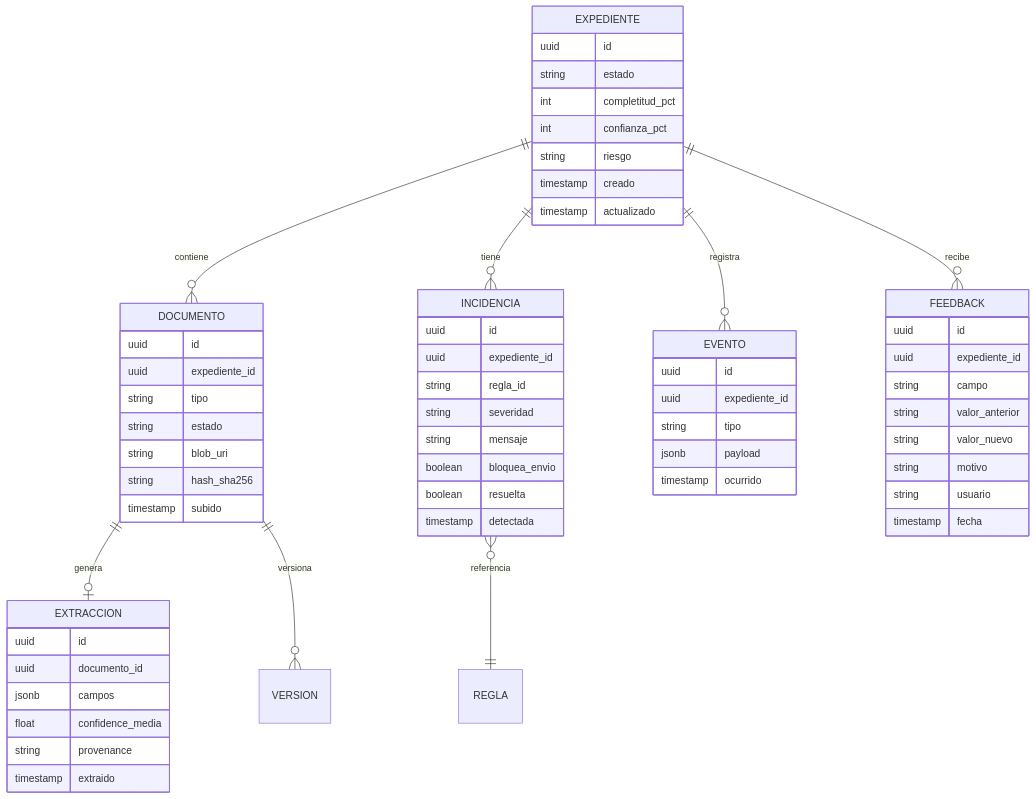
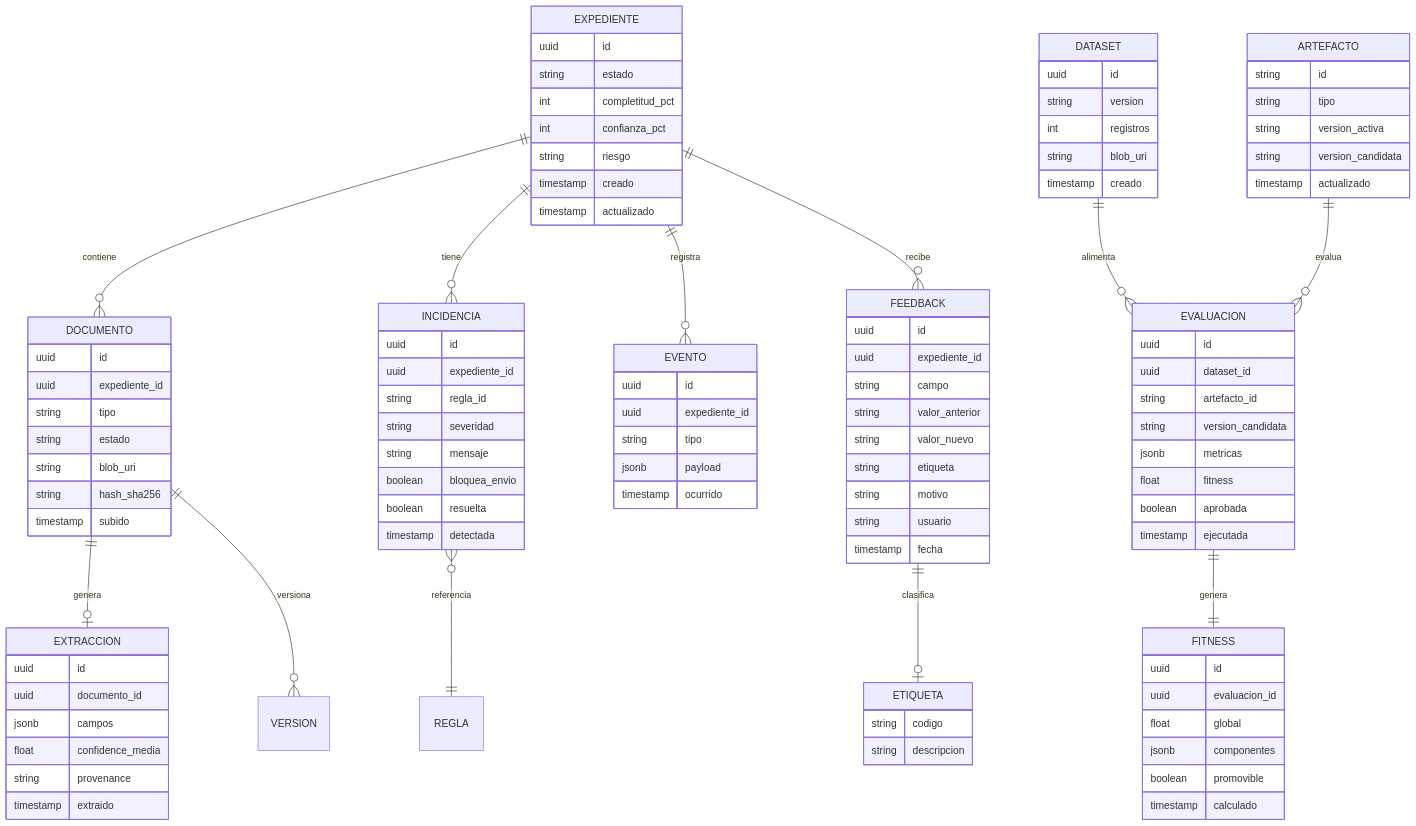
Before and after one commit to angelnietos/erp: the sixth of 9 diagrams in caedocs/DISENO-TECNICO-v3.0.md, drawn with Mermaid. The commit also changed other lines of this file and 9 other files, not shown here.

```diff
--- a/caedocs/DISENO-TECNICO-v3.0.md
+++ b/caedocs/DISENO-TECNICO-v3.0.md
@@ -681,6 +789,10 @@
     EXPEDIENTE ||--o{ EVENTO : registra
     INCIDENCIA }o--|| REGLA : referencia
     EXPEDIENTE ||--o{ FEEDBACK : recibe
+    FEEDBACK ||--o| ETIQUETA : clasifica
+    DATASET ||--o{ EVALUACION : alimenta
+    EVALUACION ||--|| FITNESS : genera
+    ARTEFACTO ||--o{ EVALUACION : evalua
     DOCUMENTO ||--o{ VERSION : versiona
 
     EXPEDIENTE {
@@ -729,9 +841,51 @@
         string campo
         string valor_anterior
         string valor_nuevo
+        string etiqueta
         string motivo
         string usuario
         timestamp fecha
+    }
+
+    ETIQUETA {
+        string codigo
+        string descripcion
+    }
+
+    DATASET {
+        uuid id
+        string version
+        int registros
+        string blob_uri
+        timestamp creado
+    }
+
+    EVALUACION {
+        uuid id
+        uuid dataset_id
+        string artefacto_id
+        string version_candidata
+        jsonb metricas
+        float fitness
+        boolean aprobada
+        timestamp ejecutada
+    }
+
+    FITNESS {
+        uuid id
+        uuid evaluacion_id
+        float global
+        jsonb componentes
+        boolean promovible
+        timestamp calculado
+    }
+
+    ARTEFACTO {
+        string id
+        string tipo
+        string version_activa
+        string version_candidata
+        timestamp actualizado
     }
 
     EVENTO {
```
